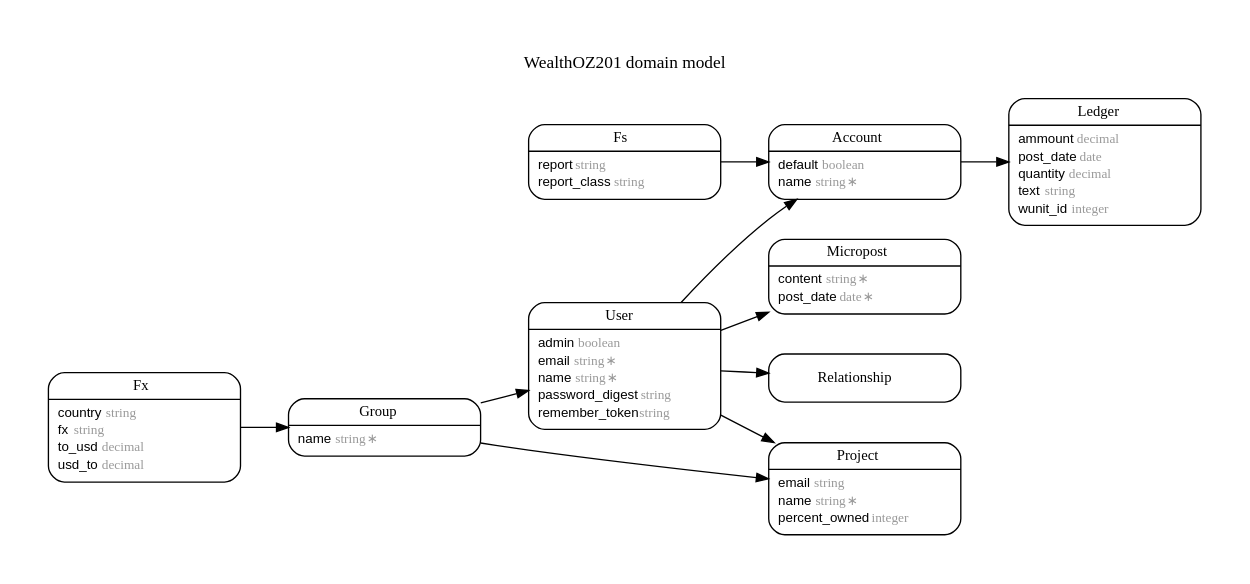
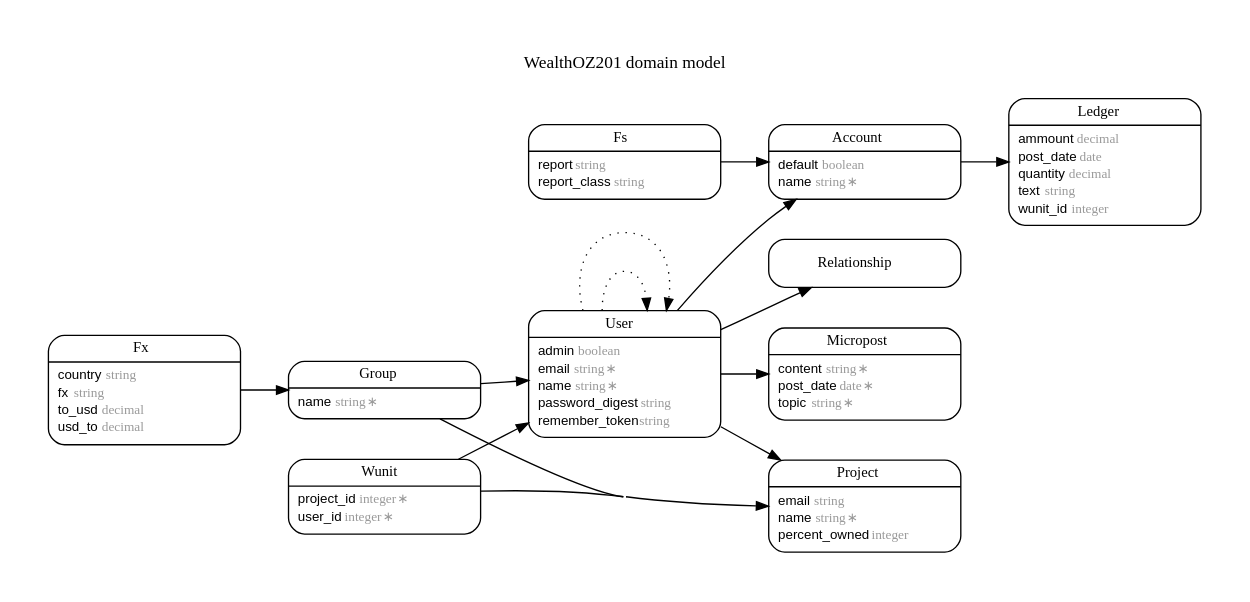
One commit to wealthoz/wealthoz.com changed the diagram in erd.dot. Above: the diagram before and after it, drawn with Graphviz. The commit also changed 28 other files, not shown here.

Commit message:
Group-user-project model fixed and some work on ledgers

```diff
--- a/erd.dot
+++ b/erd.dot
@@ -1,108 +1,122 @@
 digraph WealthOZ201 {
 rankdir = "LR";
 ranksep = "0.5";
 nodesep = "0.4";
 pad = "0.4,0.4";
 margin = "0,0";
 concentrate = "true";
 labelloc = "t";
 fontsize = "13";
 fontname = "Arial Bold";
 node[ shape  =  "Mrecord" , fontsize  =  "10" , fontname  =  "Arial" , margin  =  "0.07,0.05" , penwidth  =  "1.0"];
 edge[ fontname  =  "Arial" , fontsize  =  "7" , dir  =  "both" , arrowsize  =  "0.9" , penwidth  =  "1.0" , labelangle  =  "32" , labeldistance  =  "1.8"];
 label = "WealthOZ201 domain model\n\n";
 m_Account [label = <<table border="0" align="center" cellspacing="0.5" cellpadding="0" width="134">
   <tr><td align="center" valign="bottom" width="130"><font face="Arial Bold" point-size="11">Account</font></td></tr>
 </table>
 |
 <table border="0" align="left" cellspacing="2" cellpadding="0" width="134">
   <tr><td align="left" width="130" port="default">default <font face="Arial Italic" color="grey60">boolean</font></td></tr>
   <tr><td align="left" width="130" port="name">name <font face="Arial Italic" color="grey60">string ∗</font></td></tr>
 </table>
 >];
 m_Fs [label = <<table border="0" align="center" cellspacing="0.5" cellpadding="0" width="134">
   <tr><td align="center" valign="bottom" width="130"><font face="Arial Bold" point-size="11">Fs</font></td></tr>
 </table>
 |
 <table border="0" align="left" cellspacing="2" cellpadding="0" width="134">
   <tr><td align="left" width="130" port="report">report <font face="Arial Italic" color="grey60">string</font></td></tr>
   <tr><td align="left" width="130" port="report_class">report_class <font face="Arial Italic" color="grey60">string</font></td></tr>
 </table>
 >];
 m_Fx [label = <<table border="0" align="center" cellspacing="0.5" cellpadding="0" width="134">
   <tr><td align="center" valign="bottom" width="130"><font face="Arial Bold" point-size="11">Fx</font></td></tr>
 </table>
 |
 <table border="0" align="left" cellspacing="2" cellpadding="0" width="134">
   <tr><td align="left" width="130" port="country">country <font face="Arial Italic" color="grey60">string</font></td></tr>
   <tr><td align="left" width="130" port="fx">fx <font face="Arial Italic" color="grey60">string</font></td></tr>
   <tr><td align="left" width="130" port="to_usd">to_usd <font face="Arial Italic" color="grey60">decimal</font></td></tr>
   <tr><td align="left" width="130" port="usd_to">usd_to <font face="Arial Italic" color="grey60">decimal</font></td></tr>
 </table>
 >];
 m_Group [label = <<table border="0" align="center" cellspacing="0.5" cellpadding="0" width="134">
   <tr><td align="center" valign="bottom" width="130"><font face="Arial Bold" point-size="11">Group</font></td></tr>
 </table>
 |
 <table border="0" align="left" cellspacing="2" cellpadding="0" width="134">
   <tr><td align="left" width="130" port="name">name <font face="Arial Italic" color="grey60">string ∗</font></td></tr>
 </table>
 >];
 m_Ledger [label = <<table border="0" align="center" cellspacing="0.5" cellpadding="0" width="134">
   <tr><td align="center" valign="bottom" width="130"><font face="Arial Bold" point-size="11">Ledger</font></td></tr>
 </table>
 |
 <table border="0" align="left" cellspacing="2" cellpadding="0" width="134">
   <tr><td align="left" width="130" port="ammount">ammount <font face="Arial Italic" color="grey60">decimal</font></td></tr>
   <tr><td align="left" width="130" port="post_date">post_date <font face="Arial Italic" color="grey60">date</font></td></tr>
   <tr><td align="left" width="130" port="quantity">quantity <font face="Arial Italic" color="grey60">decimal</font></td></tr>
   <tr><td align="left" width="130" port="text">text <font face="Arial Italic" color="grey60">string</font></td></tr>
   <tr><td align="left" width="130" port="wunit_id">wunit_id <font face="Arial Italic" color="grey60">integer</font></td></tr>
 </table>
 >];
 m_Micropost [label = <<table border="0" align="center" cellspacing="0.5" cellpadding="0" width="134">
   <tr><td align="center" valign="bottom" width="130"><font face="Arial Bold" point-size="11">Micropost</font></td></tr>
 </table>
 |
 <table border="0" align="left" cellspacing="2" cellpadding="0" width="134">
   <tr><td align="left" width="130" port="content">content <font face="Arial Italic" color="grey60">string ∗</font></td></tr>
   <tr><td align="left" width="130" port="post_date">post_date <font face="Arial Italic" color="grey60">date ∗</font></td></tr>
+  <tr><td align="left" width="130" port="topic">topic <font face="Arial Italic" color="grey60">string ∗</font></td></tr>
 </table>
 >];
 m_Project [label = <<table border="0" align="center" cellspacing="0.5" cellpadding="0" width="134">
   <tr><td align="center" valign="bottom" width="130"><font face="Arial Bold" point-size="11">Project</font></td></tr>
 </table>
 |
 <table border="0" align="left" cellspacing="2" cellpadding="0" width="134">
   <tr><td align="left" width="130" port="email">email <font face="Arial Italic" color="grey60">string</font></td></tr>
   <tr><td align="left" width="130" port="name">name <font face="Arial Italic" color="grey60">string ∗</font></td></tr>
   <tr><td align="left" width="130" port="percent_owned">percent_owned <font face="Arial Italic" color="grey60">integer</font></td></tr>
 </table>
 >];
 m_Relationship [label = <<table border="0" align="center" cellspacing="0.5" cellpadding="0" width="134">
   <tr><td align="center" valign="bottom" width="130"><font face="Arial Bold" point-size="11">Relationship</font></td></tr>
 </table>
 >];
 m_User [label = <<table border="0" align="center" cellspacing="0.5" cellpadding="0" width="134">
   <tr><td align="center" valign="bottom" width="130"><font face="Arial Bold" point-size="11">User</font></td></tr>
 </table>
 |
 <table border="0" align="left" cellspacing="2" cellpadding="0" width="134">
   <tr><td align="left" width="130" port="admin">admin <font face="Arial Italic" color="grey60">boolean</font></td></tr>
   <tr><td align="left" width="130" port="email">email <font face="Arial Italic" color="grey60">string ∗</font></td></tr>
   <tr><td align="left" width="130" port="name">name <font face="Arial Italic" color="grey60">string ∗</font></td></tr>
   <tr><td align="left" width="130" port="password_digest">password_digest <font face="Arial Italic" color="grey60">string</font></td></tr>
   <tr><td align="left" width="130" port="remember_token">remember_token <font face="Arial Italic" color="grey60">string</font></td></tr>
 </table>
 >];
+m_Wunit [label = <<table border="0" align="center" cellspacing="0.5" cellpadding="0" width="134">
+  <tr><td align="center" valign="bottom" width="130"><font face="Arial Bold" point-size="11">Wunit</font></td></tr>
+</table>
+|
+<table border="0" align="left" cellspacing="2" cellpadding="0" width="134">
+  <tr><td align="left" width="130" port="project_id">project_id <font face="Arial Italic" color="grey60">integer ∗</font></td></tr>
+  <tr><td align="left" width="130" port="user_id">user_id <font face="Arial Italic" color="grey60">integer ∗</font></td></tr>
+</table>
+>];
   m_User -> m_Account [arrowhead = "normal", arrowtail = "none", weight = "2"];
   m_Fs -> m_Account [arrowhead = "normal", arrowtail = "none", weight = "2"];
   m_Account -> m_Ledger [arrowhead = "normal", arrowtail = "none", weight = "2"];
   m_Fx -> m_Group [arrowhead = "normal", arrowtail = "none", weight = "2"];
   m_Group -> m_User [arrowhead = "normal", arrowtail = "none", weight = "2"];
   m_Group -> m_Project [arrowhead = "normal", arrowtail = "none", weight = "2"];
   m_User -> m_Micropost [arrowhead = "normal", arrowtail = "none", weight = "2"];
   m_User -> m_Project [arrowhead = "normal", arrowtail = "none", weight = "2"];
-  m_User -> m_Relationship [arrowhead = "normal", arrowtail = "none", weight = "1"];
-  m_User -> m_Relationship [arrowhead = "normal", arrowtail = "none", weight = "1"];
+  m_User -> m_Relationship [arrowhead = "normal", arrowtail = "none", weight = "2"];
+  m_User -> m_Relationship [arrowhead = "normal", arrowtail = "none", weight = "2"];
+  m_Wunit -> m_User [arrowhead = "normal", arrowtail = "none", weight = "2"];
+  m_User -> m_User [style = "dotted", arrowhead = "normal", arrowtail = "none", weight = "1", constraint = "false"];
+  m_User -> m_User [style = "dotted", arrowhead = "normal", arrowtail = "none", weight = "1", constraint = "false"];
+  m_Wunit -> m_Project [arrowhead = "normal", arrowtail = "none", weight = "1"];
 }
```
